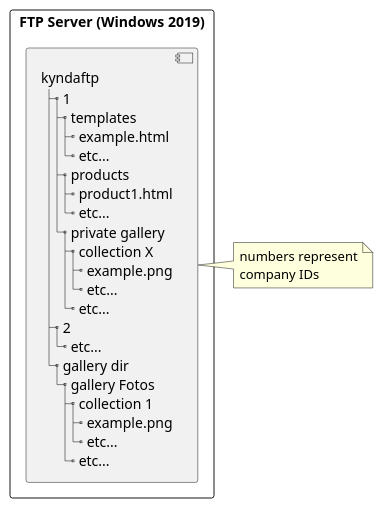
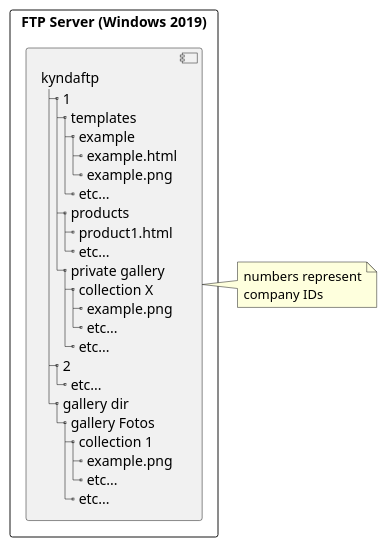
One commit to NielsPoldervaart/Project-C-Groep-4 changed the diagram in Diagrams (PlantUml)/FTPServerModel.plantuml. Above: the diagram before and after it, drawn with PlantUML.

Commit message:
Changed colors in flowchart

```diff
--- a/Diagrams (PlantUml)/FTPServerModel.plantuml
+++ b/Diagrams (PlantUml)/FTPServerModel.plantuml
@@ -1,31 +1,33 @@
 @startuml FTPServerModel
 rectangle "FTP Server (Windows 2019)" {
     component A [
         kyndaftp
         |_ 1
           |_ templates
-            |_ example.html 
+            |_ example
+              |_ example.html
+              |_ example.png
             |_ etc...
           |_ products
             |_ product1.html
             |_ etc...
           |_ private gallery
             |_ collection X
               |_ example.png
               |_ etc...
             |_ etc...
         |_ 2
           |_ etc...
         |_ gallery dir
           |_ gallery Fotos
             |_ collection 1
               |_ example.png
               |_ etc...
             |_ etc...
     ]
 }
 note right of A
 numbers represent
 company IDs
 end note
 @enduml
```
